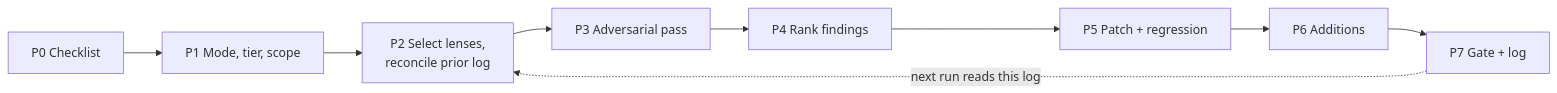
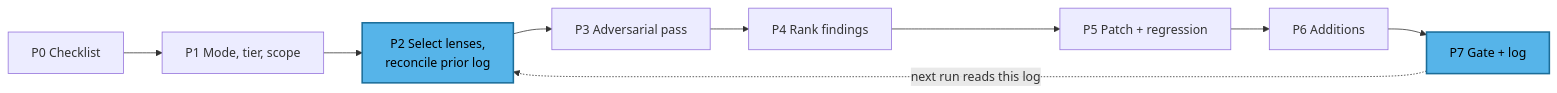
One commit to AdiMendelowitz/instrumented_skills changed the diagram in critique/README.md. Above: the diagram before and after it, drawn with Mermaid. The commit also changed other lines of this file and 5 other files, not shown here.

````diff
--- a/critique/README.md
+++ b/critique/README.md
@@ -27,11 +36,14 @@
 ```mermaid
 flowchart LR
     P0[P0 Checklist] --> P1[P1 Mode, tier, scope]
     P1 --> P2[P2 Select lenses,<br/>reconcile prior log]
     P2 --> P3[P3 Adversarial pass]
     P3 --> P4[P4 Rank findings]
     P4 --> P5[P5 Patch + regression]
     P5 --> P6[P6 Additions]
     P6 --> P7[P7 Gate + log]
     P7 -.->|next run reads this log| P2
+
+    classDef memory fill:#56B4E9,stroke:#1b6d99,stroke-width:2px,color:#000
+    class P2,P7 memory
 ```
````
